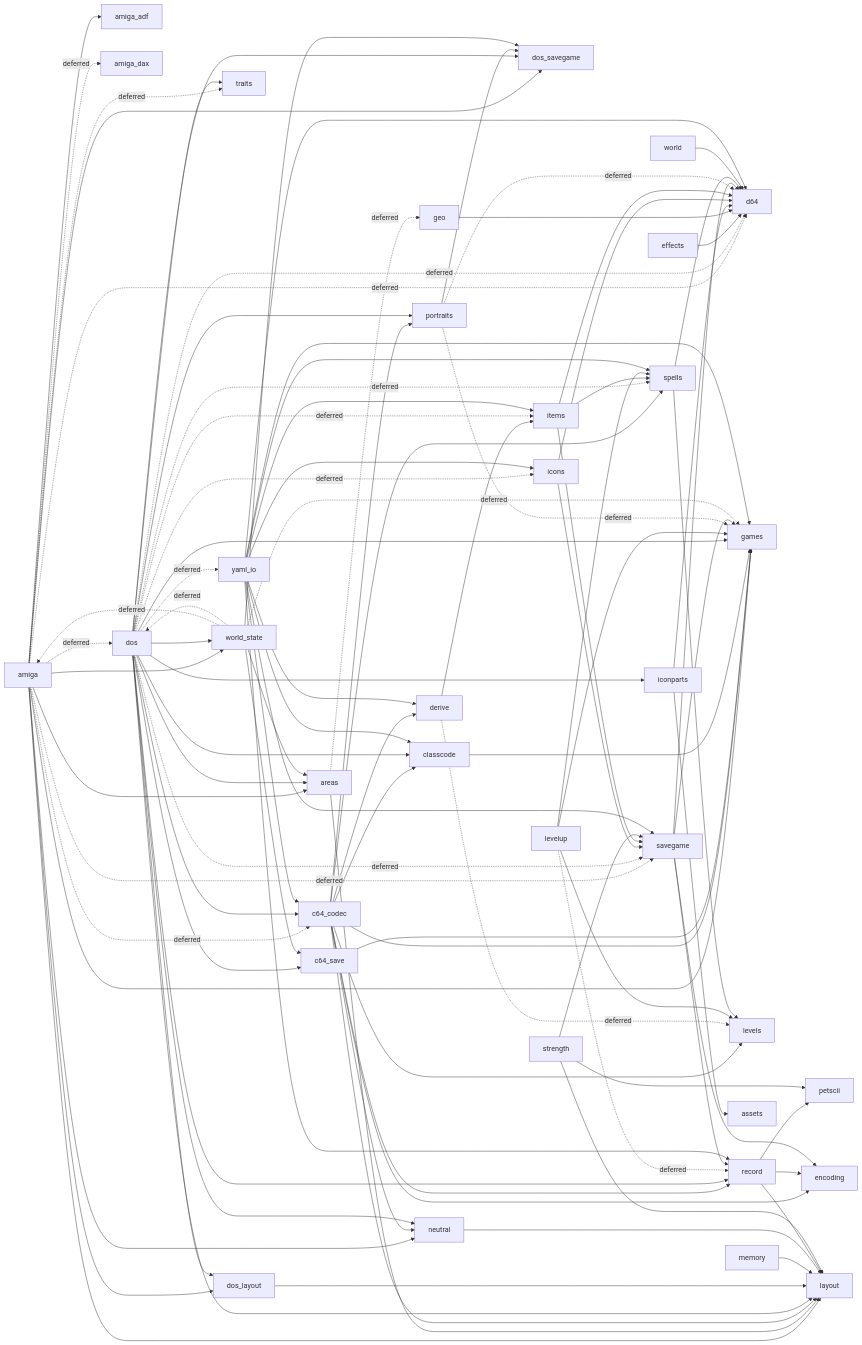
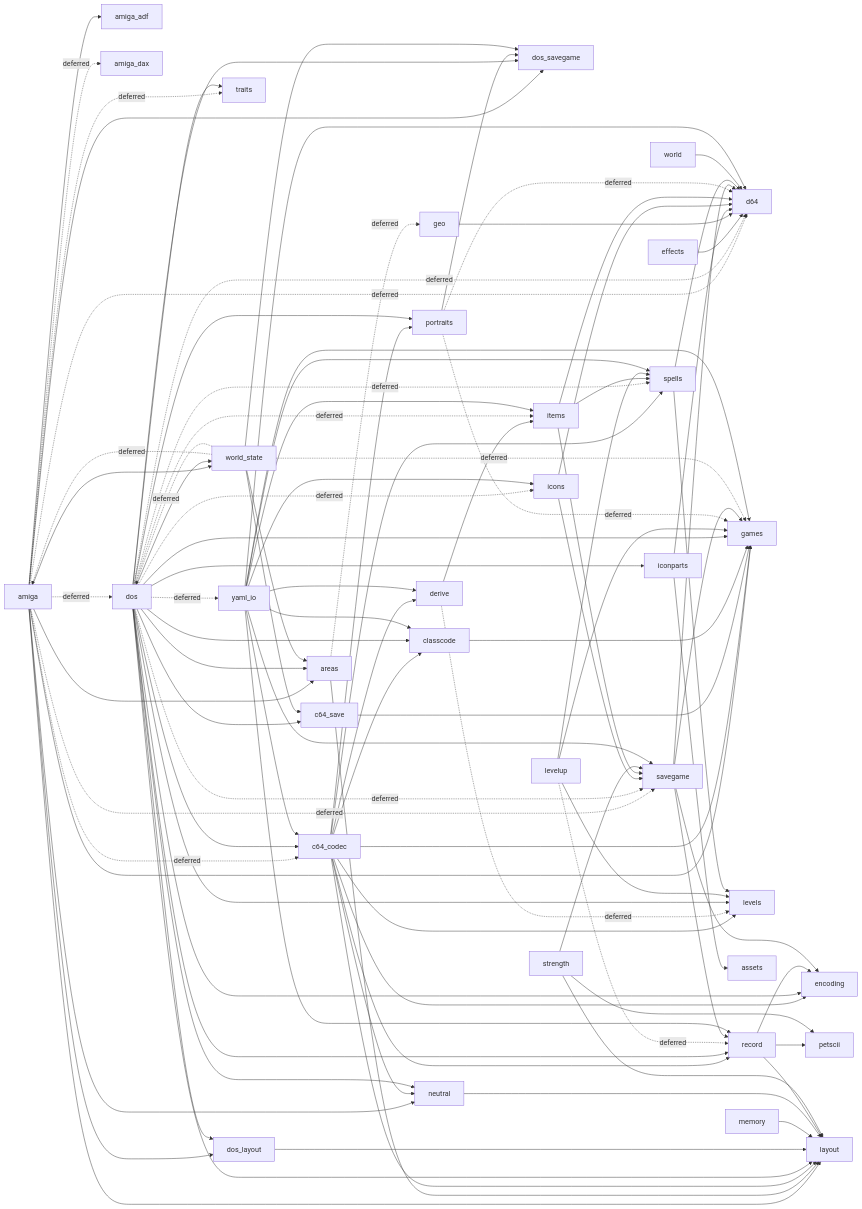
Before and after one commit to malcyon/wish: the fourth of 4 diagrams in docs/117-save-conversion.md, drawn with Mermaid. The commit also changed 1 other file, not shown here.

Commit message:
Control the portrait test on a face the menu cannot answer for, since position 0 means no face and is now silent (#377)
Claude-Session: https://claude.ai/code/session_016y61KCQqqTKWNATWqqTX5e

```diff
--- a/docs/117-save-conversion.md
+++ b/docs/117-save-conversion.md
@@ -1892,11 +1892,13 @@
   dos -.->|deferred| d64
   dos --> dos_layout
   dos --> dos_savegame
+  dos --> encoding
   dos --> games
   dos --> iconparts
   dos -.->|deferred| icons
   dos -.->|deferred| items
   dos --> layout
+  dos --> levels
   dos --> neutral
   dos --> portraits
   dos --> record
```
